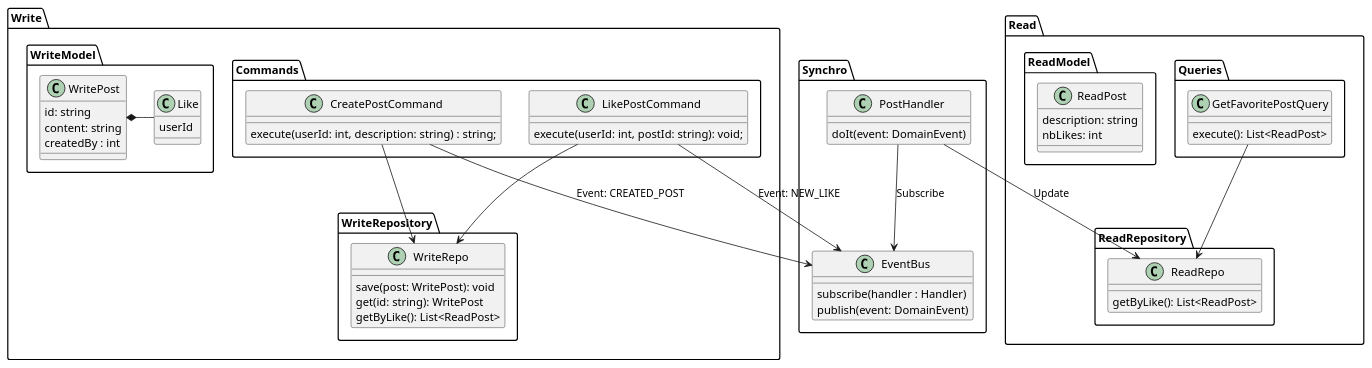
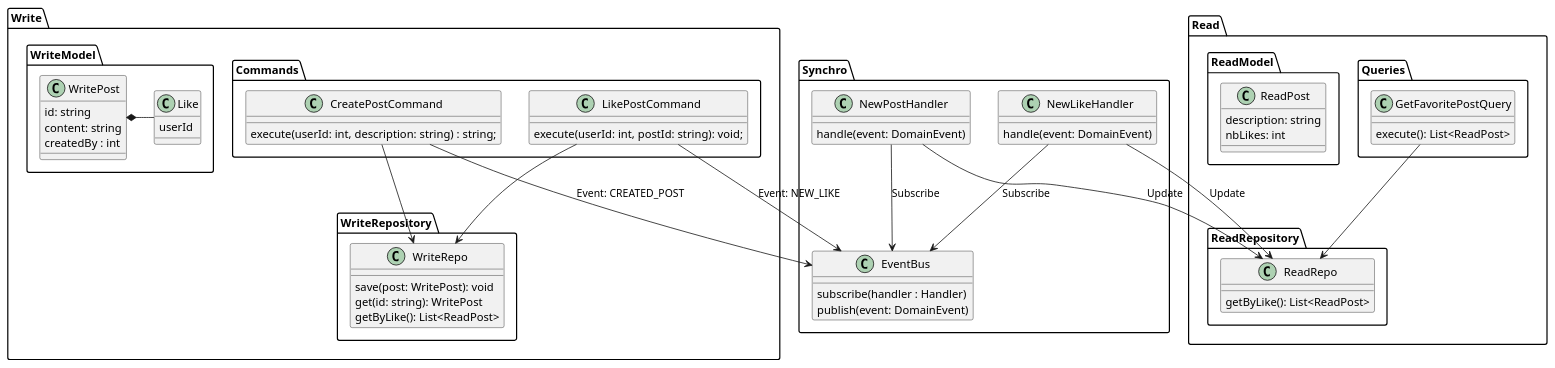
One commit to yusahoraa/cqrs-es changed the diagram in apps/stack-flow/stack-flow.puml. Above: the diagram before and after it, drawn with PlantUML.

Commit message:
Update diagram

```diff
--- a/apps/stack-flow/stack-flow.puml
+++ b/apps/stack-flow/stack-flow.puml
@@ -1,82 +1,89 @@
 @startuml
 'https://plantuml.com/class-diagram
 
 package Read {
   package Queries {
     class GetFavoritePostQuery {
       execute(): List<ReadPost>
     }
   }
 
   package ReadModel {
     class ReadPost {
       description: string
       nbLikes: int
     }
   }
 
   package ReadRepository {
     class ReadRepo {
       getByLike(): List<ReadPost>
     }
   }
 }
 
 package Write {
   package Commands {
     class CreatePostCommand {
       execute(userId: int, description: string) : string;
     }
 
     class LikePostCommand {
       execute(userId: int, postId: string): void;
     }
   }
 
   package WriteModel {
     class WritePost {
       id: string
       content: string
       createdBy : int
     }
 
     class Like {
       userId
     }
 
     WritePost *- Like
   }
 
   package WriteRepository {
     class WriteRepo {
       save(post: WritePost): void
       get(id: string): WritePost
       getByLike(): List<ReadPost>
     }
 
   }
 
 }
 
 package Synchro {
   class EventBus {
     subscribe(handler : Handler)
     publish(event: DomainEvent)
   }
 
-  class PostHandler {
-    doIt(event: DomainEvent)
+  class NewPostHandler {
+    handle(event: DomainEvent)
+  }
+
+  class NewLikeHandler {
+    handle(event: DomainEvent)
   }
 }
 
 CreatePostCommand --> WriteRepo
 LikePostCommand --> WriteRepo
 
 GetFavoritePostQuery --> ReadRepo
 
 CreatePostCommand --> EventBus : "Event: CREATED_POST"
 LikePostCommand --> EventBus : "Event: NEW_LIKE"
-PostHandler --> EventBus : "Subscribe"
-PostHandler --> ReadRepo : "Update"
+NewPostHandler --> EventBus : "Subscribe"
+NewPostHandler --> ReadRepo : "Update"
+NewLikeHandler --> EventBus : "Subscribe"
+NewLikeHandler --> ReadRepo : "Update"
+
 
 @enduml
```
